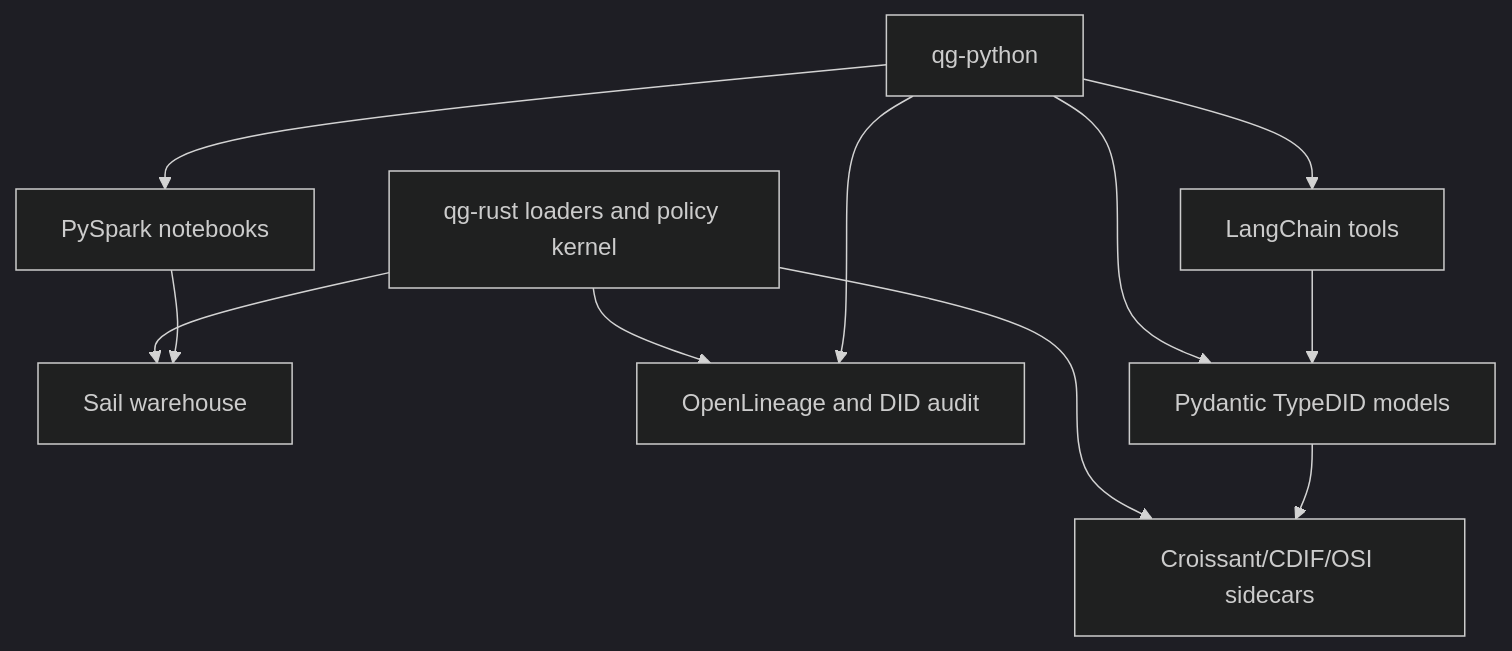
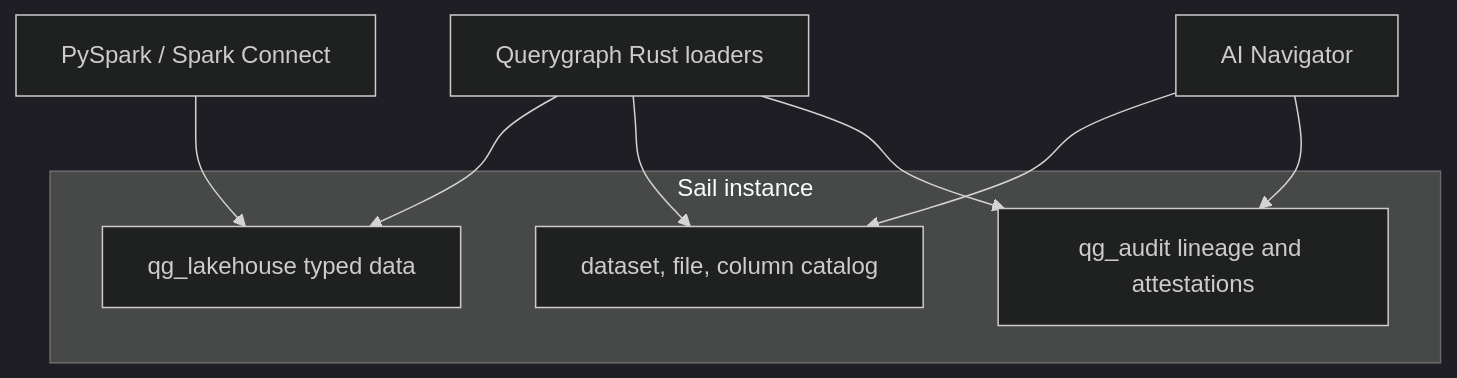
The diagram in docs/book/diagrams/diagram-13.mmd (querygraph/qg-rust), drawn with Mermaid (dark theme) before and after one commit. The commit also changed 71 other files, not shown here.

```diff
--- a/docs/book/diagrams/diagram-13.mmd
+++ b/docs/book/diagrams/diagram-13.mmd
@@ -1,11 +1,12 @@
-flowchart TD
-    Rust["qg-rust loaders and policy kernel"] --> Sail["Sail warehouse"]
-    Rust --> Sidecars["Croissant/CDIF/OSI sidecars"]
-    Rust --> Audit["OpenLineage and DID audit"]
-    Python["qg-python"] --> PySpark["PySpark notebooks"]
-    Python --> Pydantic["Pydantic TypeDID models"]
-    Python --> LangChain["LangChain tools"]
-    PySpark --> Sail
-    Pydantic --> Sidecars
-    LangChain --> Pydantic
-    Python --> Audit
+flowchart TB
+    subgraph Sail["Sail instance"]
+      Lake["qg_lakehouse typed data"]
+      Catalog["dataset, file, column catalog"]
+      Audit["qg_audit lineage and attestations"]
+    end
+    Rust["Querygraph Rust loaders"] --> Lake
+    Rust --> Catalog
+    Rust --> Audit
+    Spark["PySpark / Spark Connect"] --> Lake
+    Navigator["AI Navigator"] --> Catalog
+    Navigator --> Audit
```
